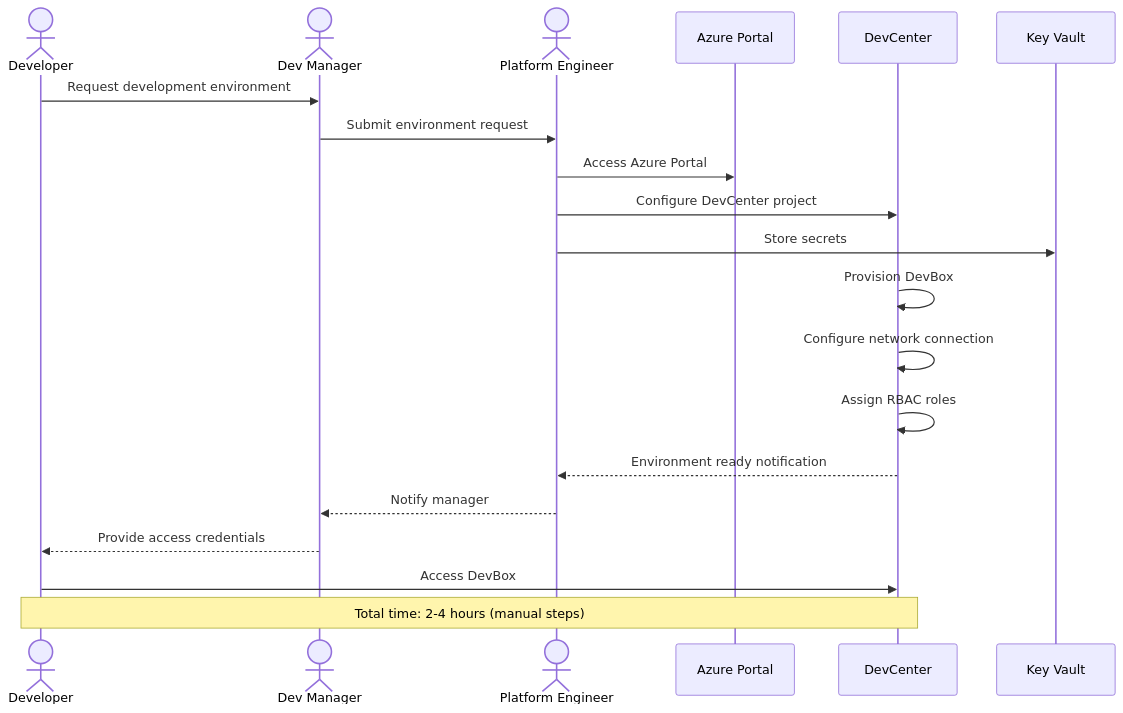
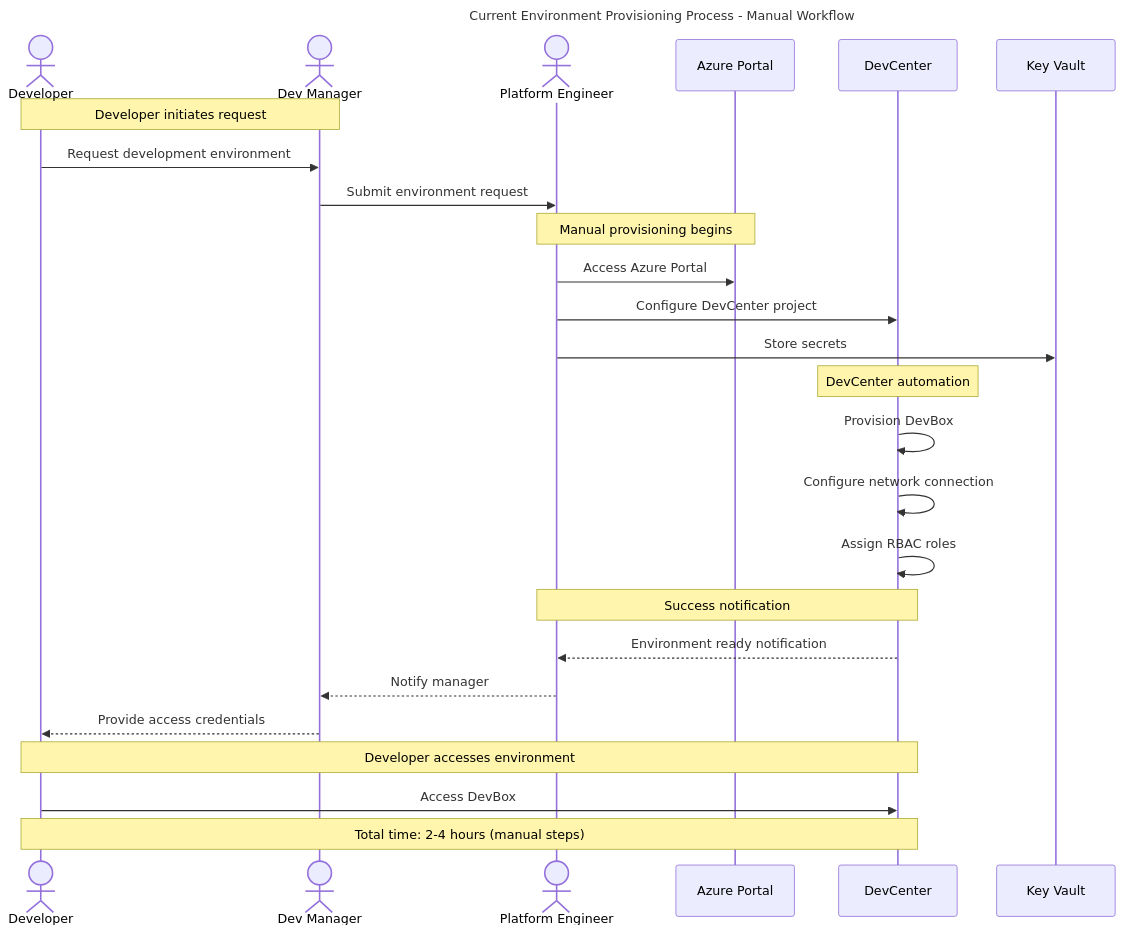
One commit to Evilazaro/DevExp-DevBox changed the fourth of 7 diagrams in docs/architecture/Business_architecture_document.md. Above: the diagram before and after it, drawn with Mermaid. The commit also changed other lines of this file, not shown here.

Commit message:
Refactor Business Architecture diagrams for improved clarity and consistency

````diff
--- a/docs/architecture/Business_architecture_document.md
+++ b/docs/architecture/Business_architecture_document.md
@@ -436,24 +492,41 @@
 ```mermaid
+---
+title: Current Environment Provisioning Process - Manual Workflow
+---
 sequenceDiagram
-    actor Dev as Developer
-    actor Mgr as Dev Manager
-    actor Plat as Platform Engineer
-    participant Azure as Azure Portal
-    participant DC as DevCenter
-    participant KV as Key Vault
+    actor dev as Developer
+    actor mgr as Dev Manager
+    actor plat as Platform Engineer
+    participant azure as Azure Portal
+    participant dc as DevCenter
+    participant kv as Key Vault
 
-    Dev->>Mgr: Request development environment
-    Mgr->>Plat: Submit environment request
-    Plat->>Azure: Access Azure Portal
-    Plat->>DC: Configure DevCenter project
-    Plat->>KV: Store secrets
-    DC->>DC: Provision DevBox
-    DC->>DC: Configure network connection
-    DC->>DC: Assign RBAC roles
-    DC-->>Plat: Environment ready notification
-    Plat-->>Mgr: Notify manager
-    Mgr-->>Dev: Provide access credentials
-    Dev->>DC: Access DevBox
+    %% ===== INITIAL REQUEST =====
+    Note over dev,mgr: Developer initiates request
+    dev->>mgr: Request development environment
+    mgr->>plat: Submit environment request
 
-    Note over Dev,DC: Total time: 2-4 hours (manual steps)
+    %% ===== MANUAL CONFIGURATION =====
+    Note over plat,azure: Manual provisioning begins
+    plat->>azure: Access Azure Portal
+    plat->>dc: Configure DevCenter project
+    plat->>kv: Store secrets
+
+    %% ===== AUTOMATED PROVISIONING =====
+    Note over dc: DevCenter automation
+    dc->>dc: Provision DevBox
+    dc->>dc: Configure network connection
+    dc->>dc: Assign RBAC roles
+
+    %% ===== NOTIFICATION CHAIN =====
+    Note over dc,plat: Success notification
+    dc-->>plat: Environment ready notification
+    plat-->>mgr: Notify manager
+    mgr-->>dev: Provide access credentials
+
+    %% ===== ACCESS =====
+    Note over dev,dc: Developer accesses environment
+    dev->>dc: Access DevBox
+
+    Note over dev,dc: Total time: 2-4 hours (manual steps)
 ```
````
